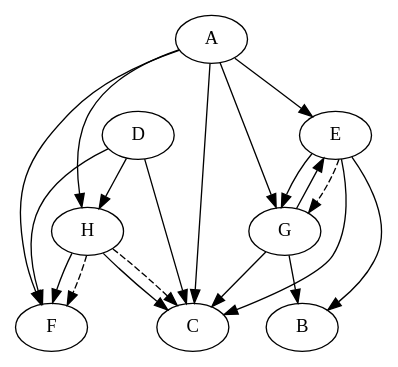
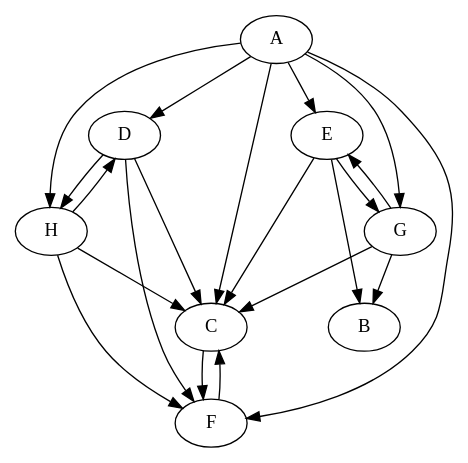
Before and after one commit to modSquad/AaD: the diagram in SourcesMatlab/graph.dot, drawn with Graphviz. The commit also changed 6 other files, not shown here.

```diff
--- a/SourcesMatlab/graph.dot
+++ b/SourcesMatlab/graph.dot
@@ -1,32 +1,31 @@
 digraph G {
 A;
 B;
 C;
 D;
 E;
 F;
 G;
 H;
 
 E -> B;
 G -> B;
 A -> C;
 D -> C;
 E -> C;
+F -> C;
 G -> C;
 H -> C;
+A -> D;
+H -> D;
 A -> E;
 G -> E;
 A -> F;
+C -> F;
 D -> F;
 H -> F;
 A -> G;
 E -> G;
 A -> H;
 D -> H;
-
-H -> C[style = "dashed"];
-H -> F[style = "dashed"];
-E -> G[style = "dashed"];
-
 }
```
